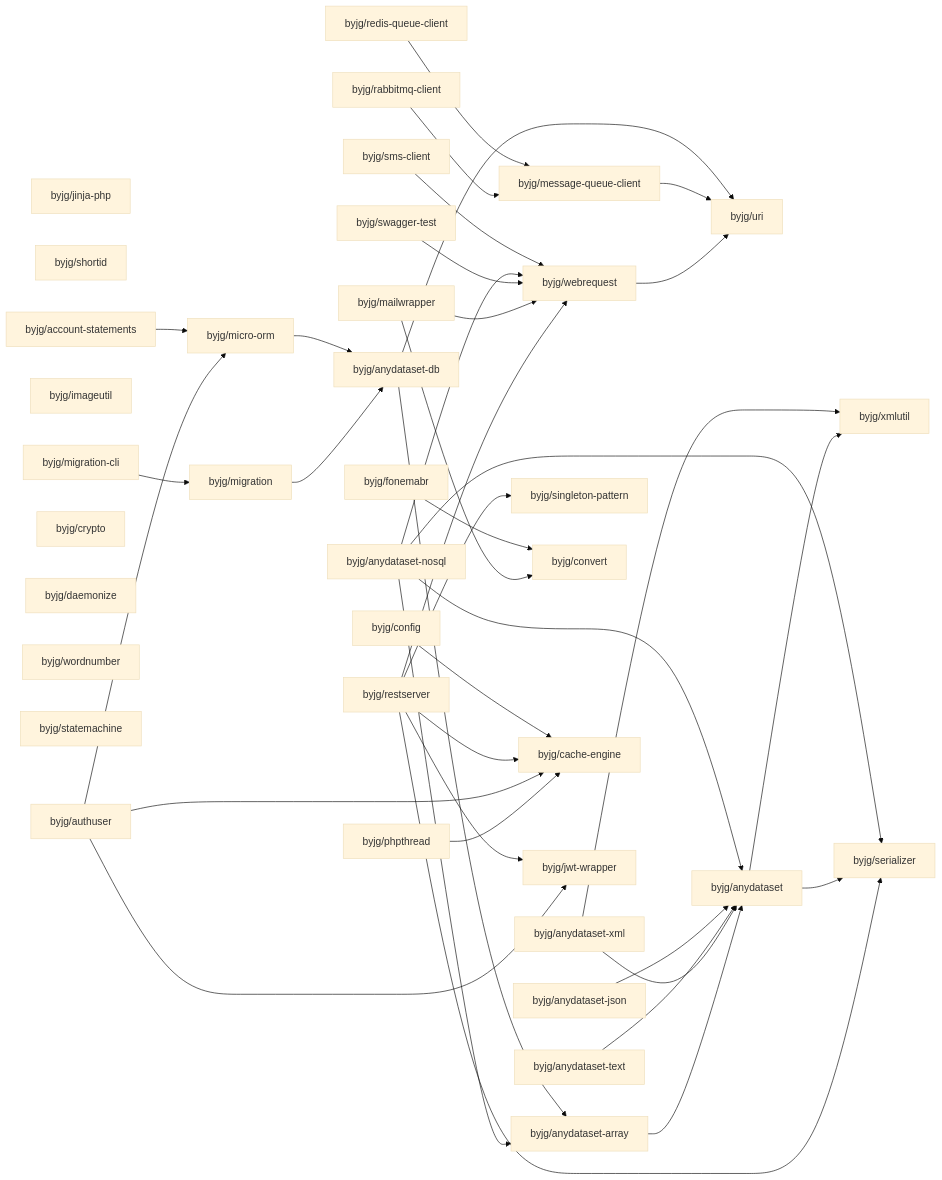
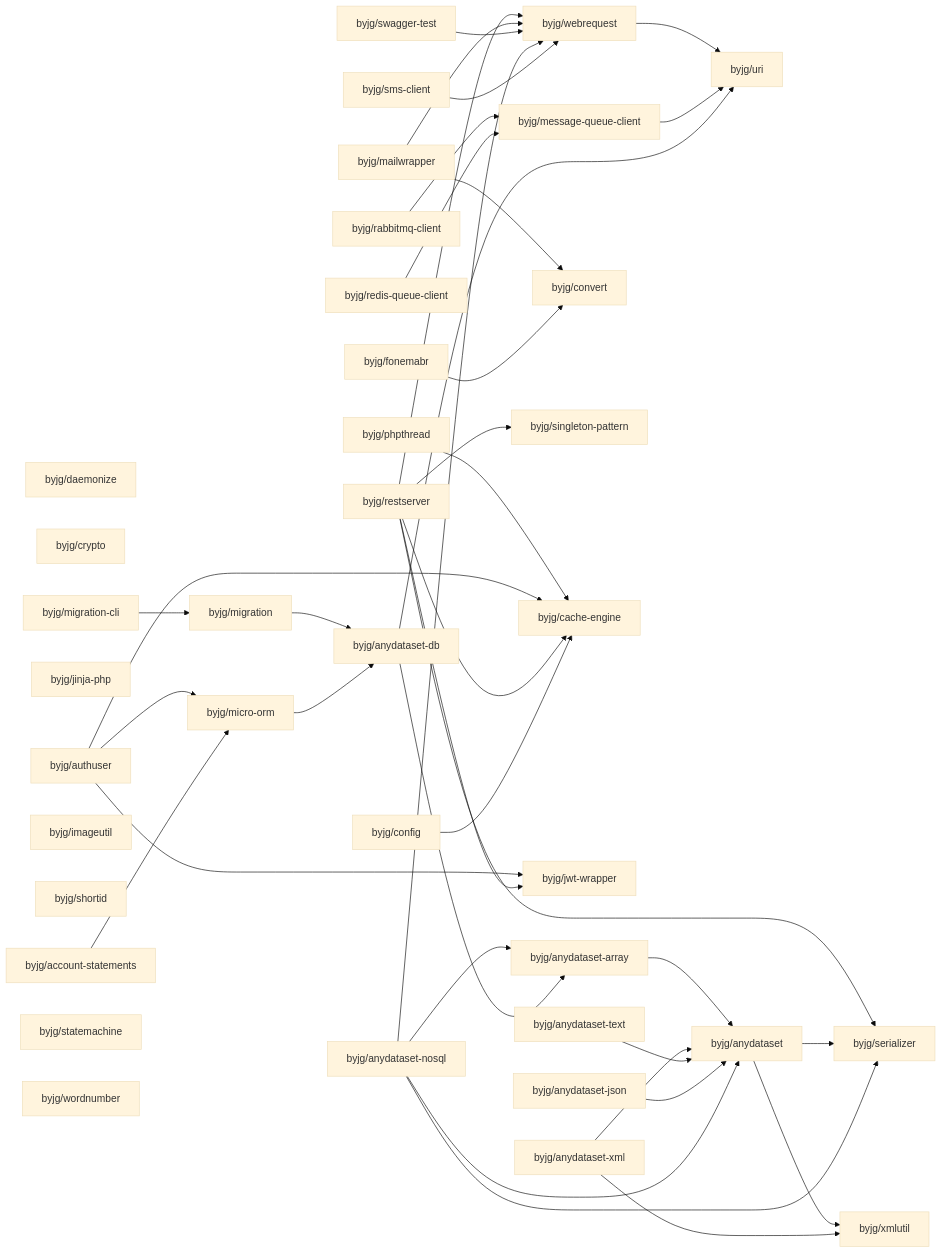
One commit to byjg/byjg.github.io changed the diagram in docs/php/README.md. Above: the diagram before and after it, drawn with Mermaid (base theme). The commit also changed other lines of this file, not shown here.

````diff
--- a/docs/php/README.md
+++ b/docs/php/README.md
@@ -3,76 +3,76 @@
 ```mermaid
 graph LR;
+  byjg/anydataset-text;
+  byjg/sms-client;
+  byjg/daemonize;
+  byjg/swagger-test;
+  byjg/redis-queue-client;
+  byjg/crypto;
+  byjg/anydataset-xml;
+  byjg/phpthread;
+  byjg/fonemabr;
+  byjg/authuser;
   byjg/jinja-php;
-  byjg/rabbitmq-client;
+  byjg/config;
+  byjg/mailwrapper;
+  byjg/migration-cli;
+  byjg/restserver;
+  byjg/imageutil;
+  byjg/anydataset-json;
   byjg/shortid;
   byjg/account-statements;
-  byjg/imageutil;
-  byjg/migration-cli;
-  byjg/anydataset-text;
-  byjg/redis-queue-client;
-  byjg/swagger-test;
-  byjg/restserver;
-  byjg/crypto;
-  byjg/config;
-  byjg/phpthread;
-  byjg/anydataset-xml;
+  byjg/statemachine;
+  byjg/wordnumber;
+  byjg/rabbitmq-client;
   byjg/anydataset-nosql;
-  byjg/daemonize;
-  byjg/mailwrapper;
-  byjg/fonemabr;
-  byjg/wordnumber;
-  byjg/statemachine;
-  byjg/sms-client;
-  byjg/anydataset-json;
-  byjg/authuser;
+  byjg/convert;
   byjg/migration;
-  byjg/message-queue-client;
   byjg/singleton-pattern;
-  byjg/convert;
-  byjg/webrequest;
-  byjg/micro-orm;
   byjg/cache-engine;
   byjg/jwt-wrapper;
+  byjg/micro-orm;
+  byjg/message-queue-client;
+  byjg/webrequest;
   byjg/anydataset-db;
   byjg/anydataset-array;
   byjg/uri;
   byjg/anydataset;
   byjg/serializer;
   byjg/xmlutil;
   byjg/phpthread --> byjg/cache-engine;
   byjg/authuser --> byjg/micro-orm;
   byjg/authuser --> byjg/cache-engine;
   byjg/authuser --> byjg/jwt-wrapper;
   byjg/anydataset-array --> byjg/anydataset;
   byjg/restserver --> byjg/serializer;
   byjg/restserver --> byjg/singleton-pattern;
   byjg/restserver --> byjg/cache-engine;
   byjg/restserver --> byjg/webrequest;
   byjg/restserver --> byjg/jwt-wrapper;
   byjg/mailwrapper --> byjg/convert;
   byjg/mailwrapper --> byjg/webrequest;
   byjg/swagger-test --> byjg/webrequest;
   byjg/migration --> byjg/anydataset-db;
   byjg/account-statements --> byjg/micro-orm;
   byjg/anydataset --> byjg/serializer;
   byjg/anydataset --> byjg/xmlutil;
   byjg/fonemabr --> byjg/convert;
   byjg/anydataset-xml --> byjg/anydataset;
   byjg/anydataset-xml --> byjg/xmlutil;
   byjg/webrequest --> byjg/uri;
   byjg/config --> byjg/cache-engine;
   byjg/migration-cli --> byjg/migration;
   byjg/anydataset-text --> byjg/anydataset;
   byjg/micro-orm --> byjg/anydataset-db;
   byjg/message-queue-client --> byjg/uri;
   byjg/anydataset-json --> byjg/anydataset;
   byjg/anydataset-nosql --> byjg/anydataset;
   byjg/anydataset-nosql --> byjg/anydataset-array;
   byjg/anydataset-nosql --> byjg/serializer;
   byjg/anydataset-nosql --> byjg/webrequest;
   byjg/anydataset-db --> byjg/anydataset-array;
   byjg/anydataset-db --> byjg/uri;
   byjg/rabbitmq-client --> byjg/message-queue-client;
   byjg/redis-queue-client --> byjg/message-queue-client;
   byjg/sms-client --> byjg/webrequest;
 ```
````
